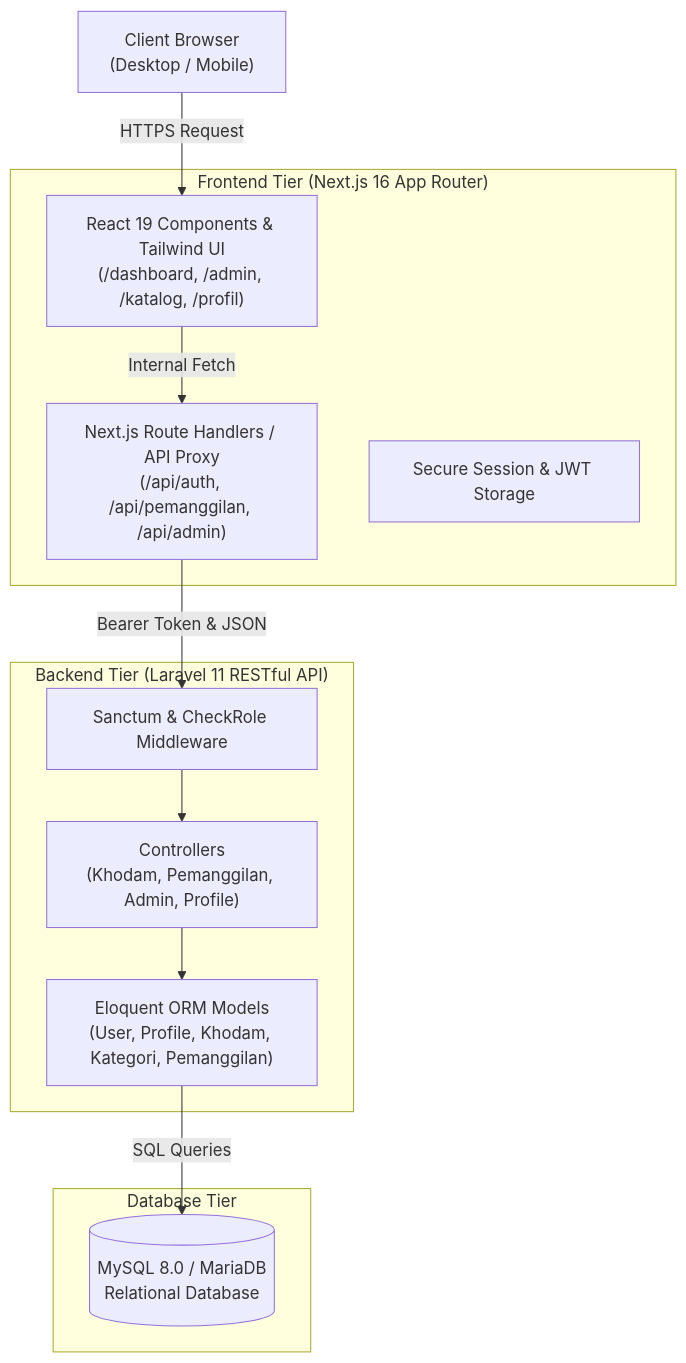
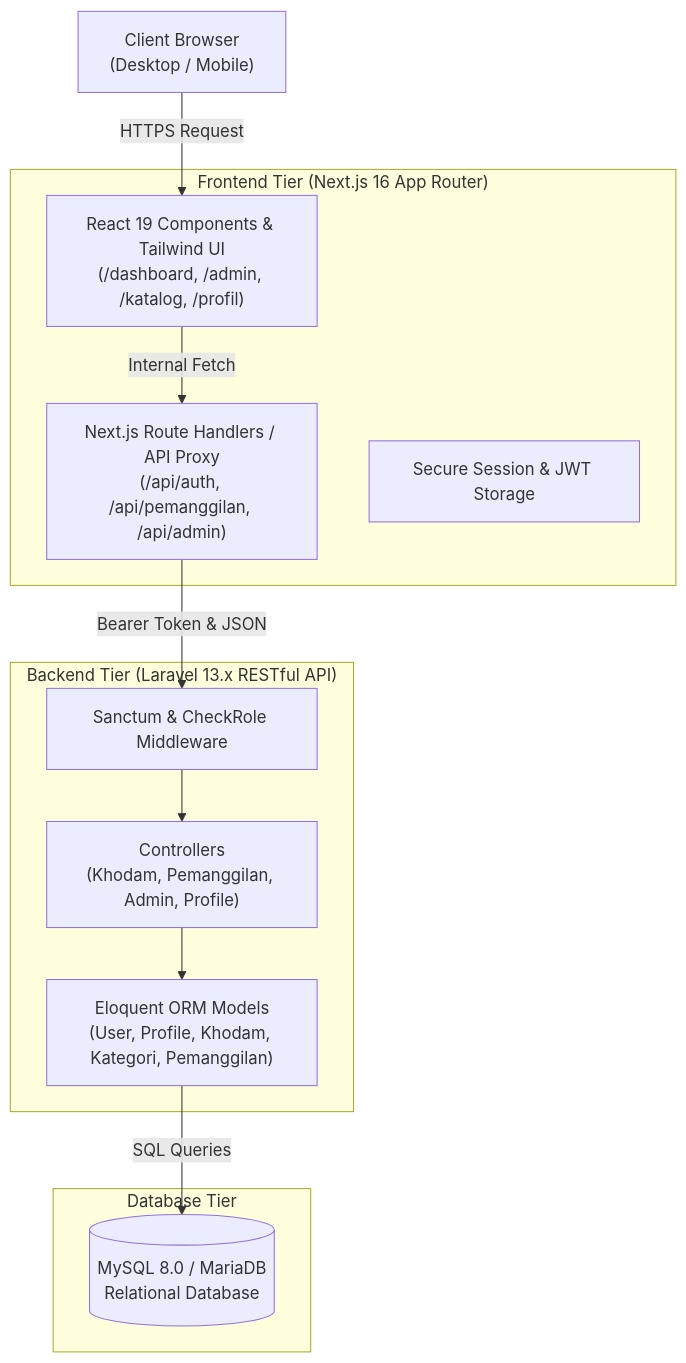
Before and after one commit to vanesarz/khodamku: the first of 3 diagrams in docs/Project_Documentation.md, drawn with Mermaid. The commit also changed other lines of this file and 11 other files, not shown here.

````diff
--- a/docs/Project_Documentation.md
+++ b/docs/Project_Documentation.md
@@ -106,27 +106,27 @@
 ```mermaid
 graph TD
     Client["Client Browser\n(Desktop / Mobile)"]
     
     subgraph Frontend["Frontend Tier (Next.js 16 App Router)"]
         UI["React 19 Components & Tailwind UI\n(/dashboard, /admin, /katalog, /profil)"]
         NextProxy["Next.js Route Handlers / API Proxy\n(/api/auth, /api/pemanggilan, /api/admin)"]
         SessionCookie["Secure Session & JWT Storage"]
     end
     
-    subgraph Backend["Backend Tier (Laravel 11 RESTful API)"]
+    subgraph Backend["Backend Tier (Laravel 13.x RESTful API)"]
         AuthMiddleware["Sanctum & CheckRole Middleware"]
         Controllers["Controllers\n(Khodam, Pemanggilan, Admin, Profile)"]
         EloquentORM["Eloquent ORM Models\n(User, Profile, Khodam, Kategori, Pemanggilan)"]
     end
     
     subgraph DatabaseTier["Database Tier"]
         MySQL[(MySQL 8.0 / MariaDB\nRelational Database)]
     end
 
     Client -->|HTTPS Request| UI
     UI -->|Internal Fetch| NextProxy
     NextProxy -->|Bearer Token & JSON| AuthMiddleware
     AuthMiddleware --> Controllers
     Controllers --> EloquentORM
     EloquentORM -->|SQL Queries| MySQL
 ```
````
